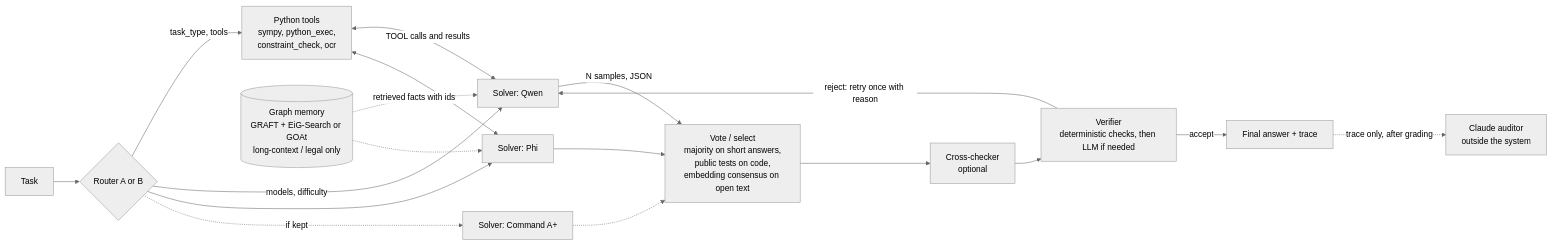
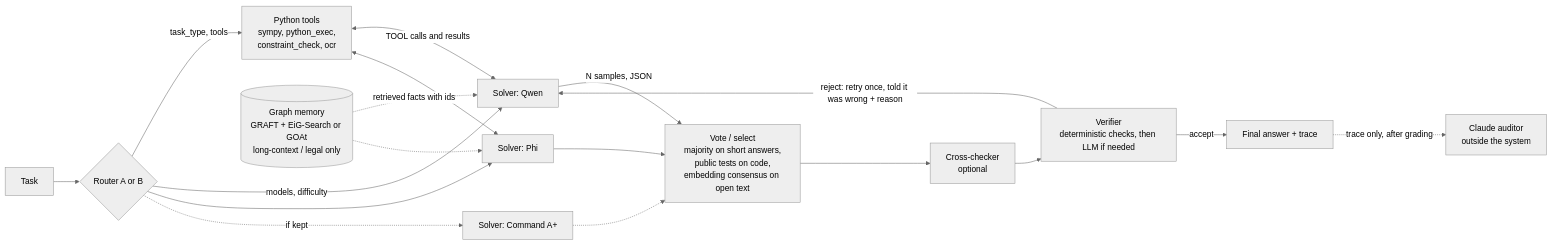
One commit to MohamedKhalidmk/Flotilla changed the diagram in docs/PROMPTS.md. Above: the diagram before and after it, drawn with Mermaid (neutral theme). The commit also changed other lines of this file and 19 other files, not shown here.

First line of the commit message:
Protocol v2: verifier retry tells the model it was wrong and why; system core and cluster scripts

````diff
--- a/docs/PROMPTS.md
+++ b/docs/PROMPTS.md
@@ -18,20 +19,20 @@
 ```mermaid
 flowchart LR
     Q[Task] --> R{Router A or B}
     R -->|task_type, tools| T[Python tools<br/>sympy, python_exec,<br/>constraint_check, ocr]
     R -->|models, difficulty| S1[Solver: Qwen]
     R --> S2[Solver: Phi]
     R -.->|if kept| S3[Solver: Command A+]
     G[(Graph memory<br/>GRAFT + EiG-Search or GOAt<br/>long-context / legal only)] -.->|retrieved facts with ids| S1
     G -.-> S2
     T <-->|TOOL calls and results| S1
     T <--> S2
     S1 -->|N samples, JSON| V[Vote / select<br/>majority on short answers,<br/>public tests on code,<br/>embedding consensus on open text]
     S2 --> V
     S3 -.-> V
     V --> C[Cross-checker<br/>optional]
     C --> F[Verifier<br/>deterministic checks, then LLM if needed]
     F -->|accept| A[Final answer + trace]
-    F -->|reject: retry once with reason| S1
+    F -->|reject: retry once, told it was wrong + reason| S1
     A -.->|trace only, after grading| AU[Claude auditor<br/>outside the system]
 ```
````
